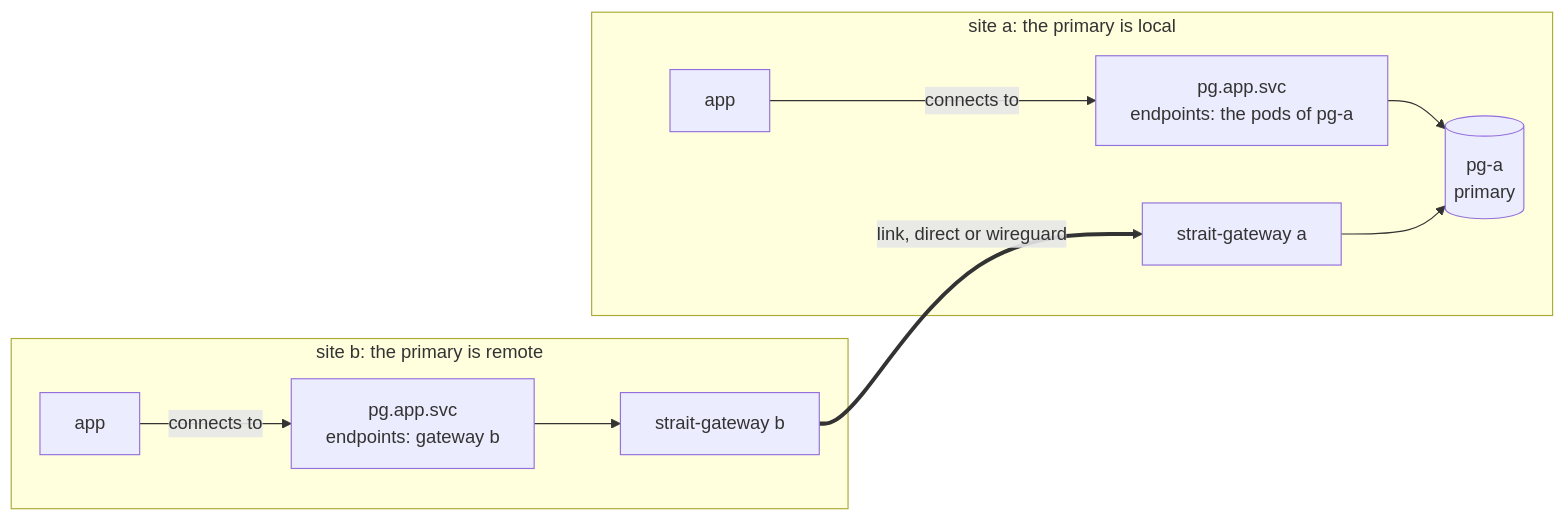
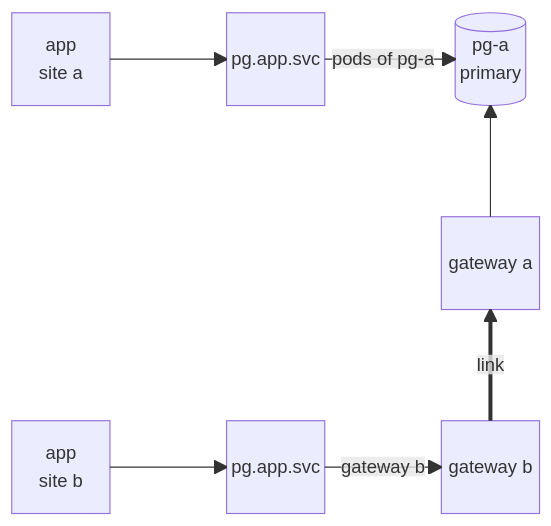
The first of 2 diagrams in docs/guide/introduction.md (takodotid/strait), drawn with Mermaid before and after one commit. The commit also changed other lines of this file and 52 other files, not shown here.

````diff
--- a/docs/guide/introduction.md
+++ b/docs/guide/introduction.md
@@ -13,13 +13,16 @@
 ```mermaid
-flowchart LR
-  subgraph sb["site b: the primary is remote"]
-    appB["app"] -->|"connects to"| nameB["pg.app.svc<br/>endpoints: gateway b"]
-    nameB --> gwB["strait-gateway b"]
-  end
-  subgraph sa["site a: the primary is local"]
-    appA["app"] -->|"connects to"| nameA["pg.app.svc<br/>endpoints: the pods of pg-a"]
-    nameA --> pgA[("pg-a<br/>primary")]
-    gwA["strait-gateway a"] --> pgA
-  end
-  gwB ==>|"link, direct or wireguard"| gwA
+block-beta
+  %% accTitle: Path of a connection from the application to pg-a
+  columns 5
+  appA["app<br/>site a"] space nameA["pg.app.svc"] space pgA[("pg-a<br/>primary")]
+  space space space space space
+  space space space space gwA["gateway a"]
+  space space space space space
+  appB["app<br/>site b"] space nameB["pg.app.svc"] space gwB["gateway b"]
+  appA --> nameA
+  nameA -- "pods of pg-a" --> pgA
+  gwA --> pgA
+  appB --> nameB
+  nameB -- "gateway b" --> gwB
+  gwB == "link" ==> gwA
 ```
````
